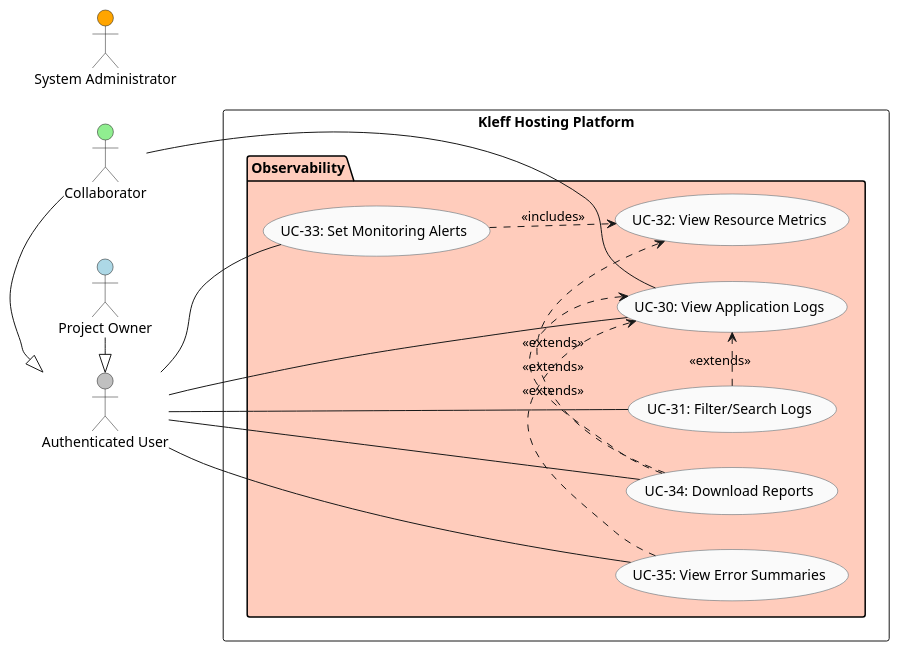
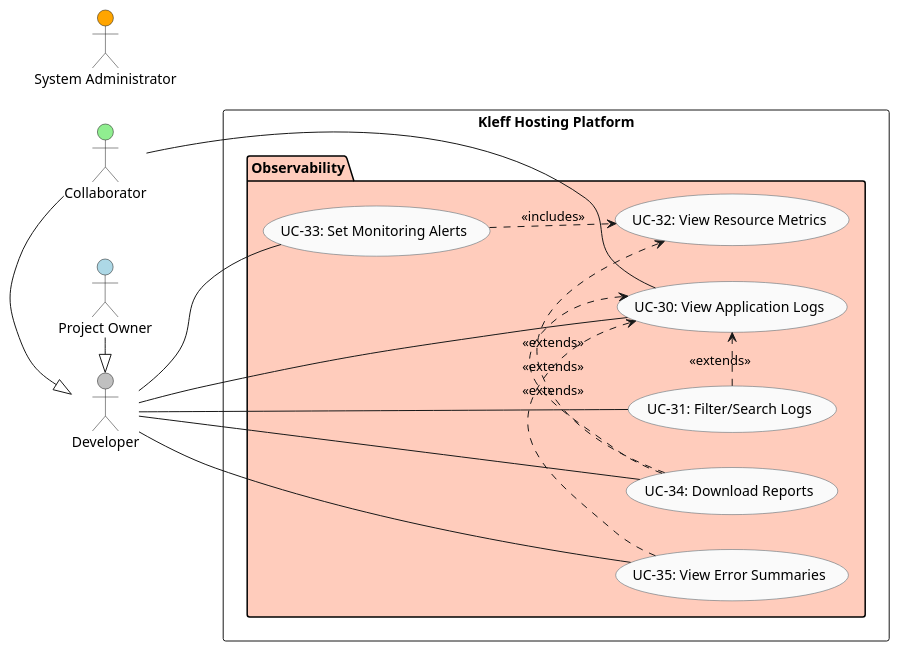
Before and after one commit to kleffio/.github: the diagram in docs/Observability/ObservabilityUseCase.puml, drawn with PlantUML. The commit also changed 8 other files, not shown here.

Commit message:
updated user actors from user to developer

```diff
--- a/docs/Observability/ObservabilityUseCase.puml
+++ b/docs/Observability/ObservabilityUseCase.puml
@@ -1,49 +1,49 @@
 @startuml Kleff Hosting - Observability Use Cases
 left to right direction
 skinparam shadowing false
 skinparam usecase {
   BackgroundColor #FAFAFA
   BorderColor #455A64
   RoundCorner 14
 }
 
 ' ==== Actors ====
-actor "Authenticated User" as AuthUser #silver
+actor "Developer" as AuthUser #silver
 actor "Project Owner" as Owner #lightblue
 actor "Collaborator" as Collab #lightgreen
 actor "System Administrator" as Admin #orange
 
 Owner -|> AuthUser
 Collab -|> AuthUser
 
 rectangle "Kleff Hosting Platform" {
 
   package "Observability" #FFCCBC {
     usecase "UC-30: View Application Logs" as UC30
     usecase "UC-31: Filter/Search Logs" as UC31
     usecase "UC-32: View Resource Metrics" as UC32
     usecase "UC-33: Set Monitoring Alerts" as UC33
     usecase "UC-34: Download Reports" as UC34
     usecase "UC-35: View Error Summaries" as UC35
   }
 }
 
 ' ==== Actor Relationships ====
 AuthUser -- UC30
 AuthUser -- UC31
 AuthUser -- UC33
 AuthUser -- UC34
 AuthUser -- UC35
 
 Collab -- UC30
 
 ' ==== EXTENDS ====
 UC31 .> UC30 : <<extends>>
 UC34 .> UC30 : <<extends>>
 UC34 .> UC32 : <<extends>>
 UC35 .> UC30 : <<extends>>
 
 ' ==== INCLUDES ====
 UC33 ..> UC32 : <<includes>>
 
 @enduml
```
